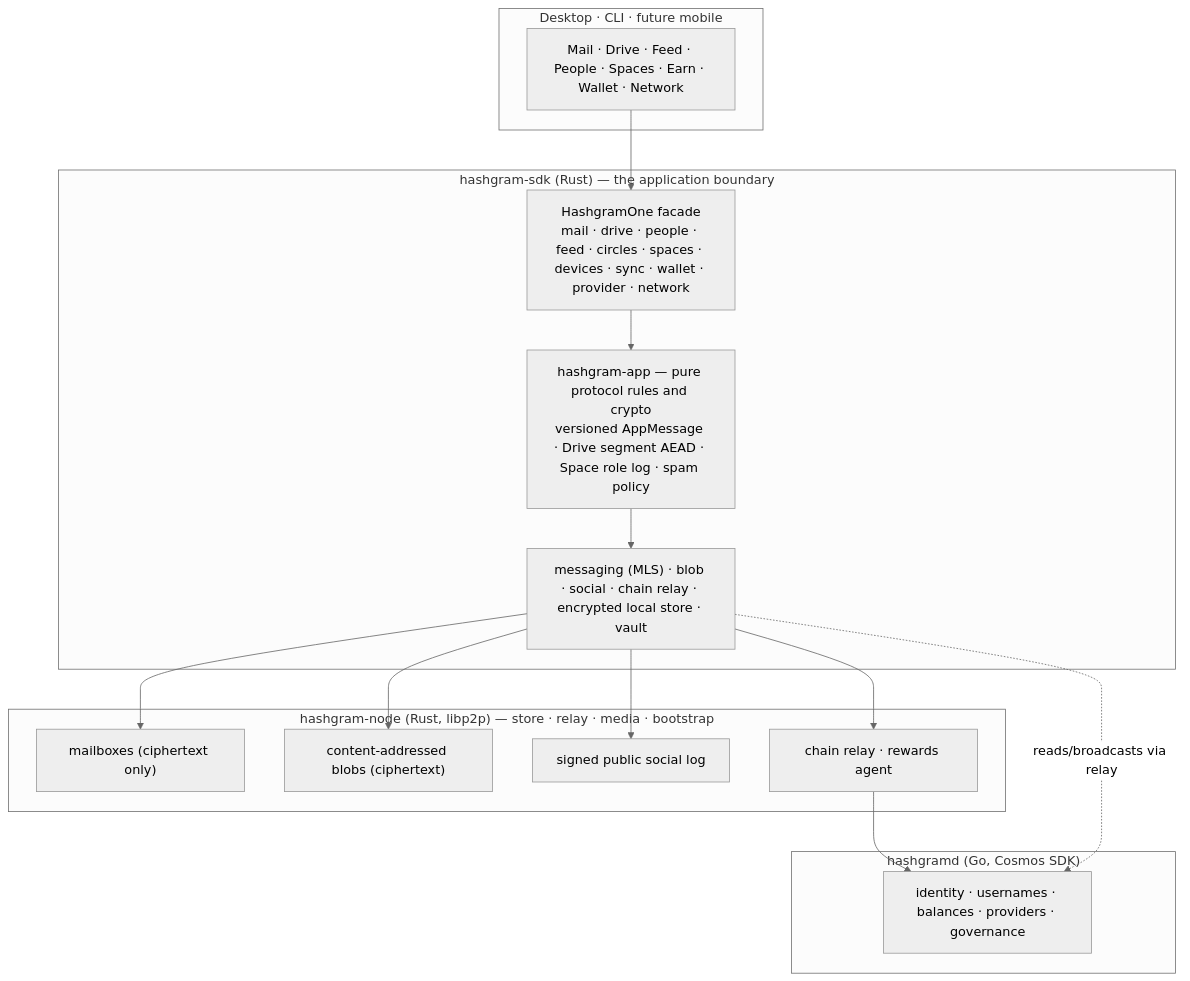
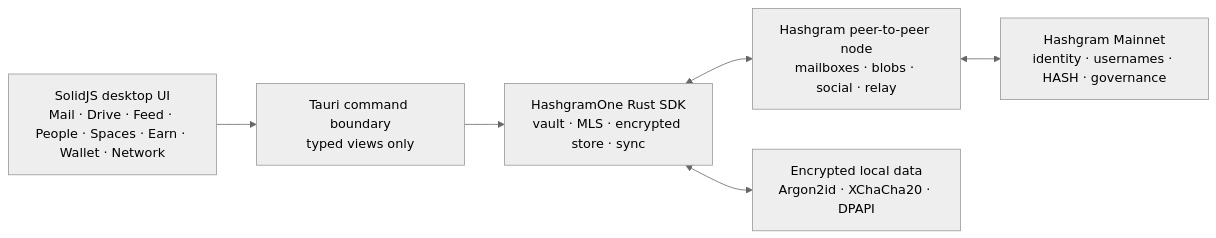
Before and after one commit to deepdrogo/hashgram_windows: the diagram in README.md, drawn with Mermaid (neutral theme). The commit also changed other lines of this file and 11 other files, not shown here.

Commit message:
Document Hashgram One desktop release

````diff
--- a/README.md
+++ b/README.md
@@ -64,24 +189,14 @@
 ```mermaid
-flowchart TB
-  subgraph App["Desktop · CLI · future mobile"]
-    UI["Mail · Drive · Feed · People · Spaces · Earn · Wallet · Network"]
-  end
-  subgraph SDK["hashgram-sdk (Rust) — the application boundary"]
-    F["HashgramOne facade<br/>mail · drive · people · feed · circles · spaces · devices · sync · wallet · provider · network"]
-    A["hashgram-app — pure protocol rules and crypto<br/>versioned AppMessage · Drive segment AEAD · Space role log · spam policy"]
-    T["messaging (MLS) · blob · social · chain relay · encrypted local store · vault"]
-  end
-  subgraph Net["hashgram-node (Rust, libp2p) — store · relay · media · bootstrap"]
-    M["mailboxes (ciphertext only)"]
-    B["content-addressed blobs (ciphertext)"]
-    S["signed public social log"]
-    R["chain relay · rewards agent"]
-  end
-  subgraph Chain["hashgramd (Go, Cosmos SDK)"]
-    C["identity · usernames · balances · providers · governance"]
-  end
-  UI --> F --> A --> T
-  T --> M & B & S & R
-  R --> C
-  T -. "reads/broadcasts via relay" .-> C
+flowchart LR
+  UI["SolidJS desktop UI<br/>Mail · Drive · Feed · People · Spaces · Earn · Wallet · Network"]
+  T["Tauri command boundary<br/>typed views only"]
+  SDK["HashgramOne Rust SDK<br/>vault · MLS · encrypted store · sync"]
+  P2P["Hashgram peer-to-peer node<br/>mailboxes · blobs · social · relay"]
+  CHAIN["Hashgram Mainnet<br/>identity · usernames · HASH · governance"]
+  LOCAL["Encrypted local data<br/>Argon2id · XChaCha20 · DPAPI"]
+
+  UI --> T --> SDK
+  SDK <--> LOCAL
+  SDK <--> P2P
+  P2P <--> CHAIN
 ```
````
